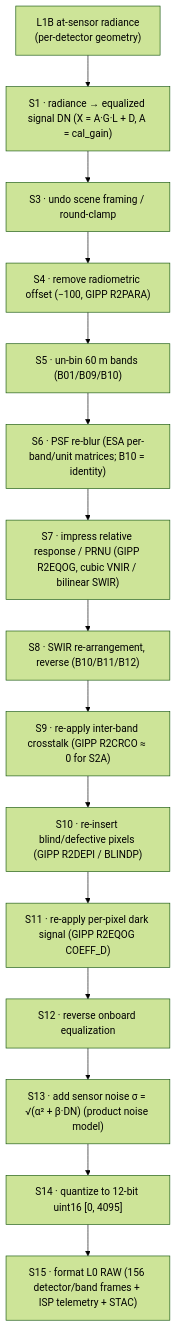
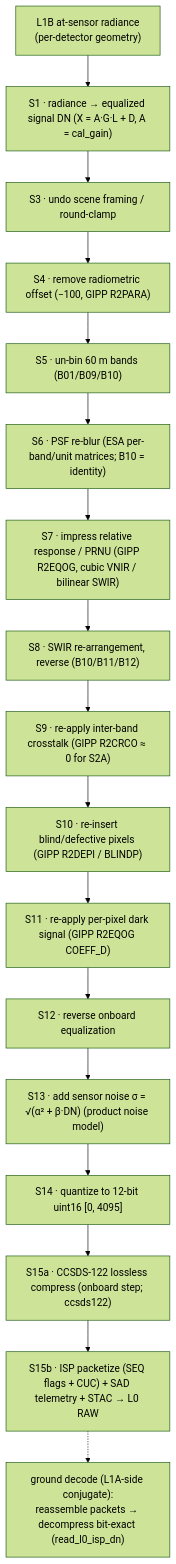
Before and after one commit to AstroCan17/s2-msi-raw-generator: the diagram in docs/dpm/introduction.md, drawn with Mermaid (forest theme). The commit also changed 10 other files, not shown here.

Commit message:
feat(isp): compressed CCSDS-122 payloads in real space packets + ground decode (read_l0_isp_dn)

````diff
--- a/docs/dpm/introduction.md
+++ b/docs/dpm/introduction.md
@@ -31,19 +31,22 @@
 ```mermaid
 flowchart TD
     IN["L1B at-sensor radiance<br/>(per-detector geometry)"]
     S1["S1 · radiance → equalized signal DN (X = A·G·L + D, A = cal_gain)"]
     S3["S3 · undo scene framing / round-clamp"]
     S4["S4 · remove radiometric offset (−100, GIPP R2PARA)"]
     S5["S5 · un-bin 60 m bands (B01/B09/B10)"]
     S6["S6 · PSF re-blur (ESA per-band/unit matrices; B10 = identity)"]
     S7["S7 · impress relative response / PRNU (GIPP R2EQOG, cubic VNIR / bilinear SWIR)"]
     S8["S8 · SWIR re-arrangement, reverse (B10/B11/B12)"]
     S9["S9 · re-apply inter-band crosstalk (GIPP R2CRCO ≈ 0 for S2A)"]
     S10["S10 · re-insert blind/defective pixels (GIPP R2DEPI / BLINDP)"]
     S11["S11 · re-apply per-pixel dark signal (GIPP R2EQOG COEFF_D)"]
     S12["S12 · reverse onboard equalization"]
     S13["S13 · add sensor noise σ = √(α² + β·DN) (product noise model)"]
     S14["S14 · quantize to 12-bit uint16 [0, 4095]"]
-    S15["S15 · format L0 RAW (156 detector/band frames + ISP telemetry + STAC)"]
-    IN --> S1 --> S3 --> S4 --> S5 --> S6 --> S7 --> S8 --> S9 --> S10 --> S11 --> S12 --> S13 --> S14 --> S15
+    S15a["S15a · CCSDS-122 lossless compress (onboard step; ccsds122)"]
+    S15b["S15b · ISP packetize (SEQ flags + CUC) + SAD telemetry + STAC → L0 RAW"]
+    GD["ground decode (L1A-side conjugate):<br/>reassemble packets → decompress bit-exact (read_l0_isp_dn)"]
+    IN --> S1 --> S3 --> S4 --> S5 --> S6 --> S7 --> S8 --> S9 --> S10 --> S11 --> S12 --> S13 --> S14 --> S15a --> S15b
+    S15b -.-> GD
 ```
````
